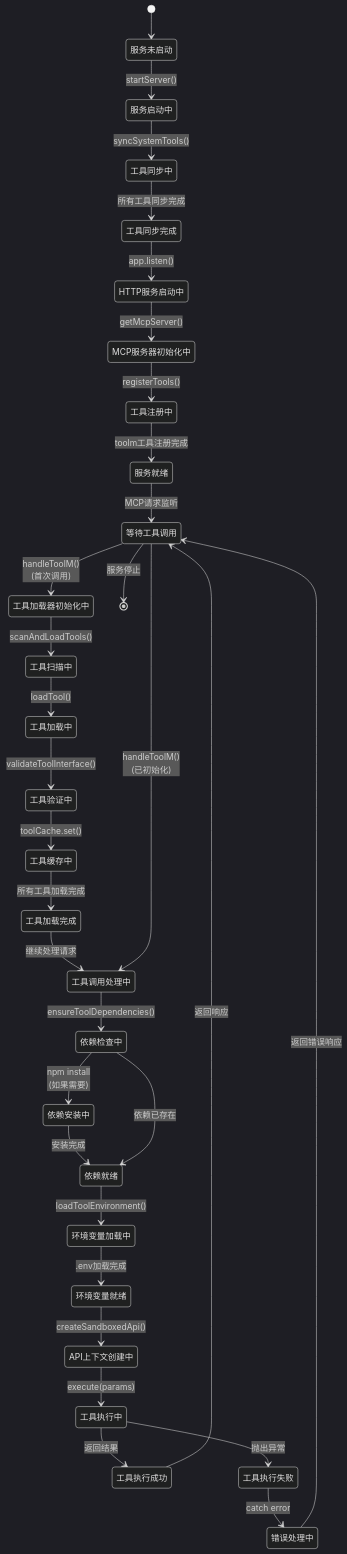
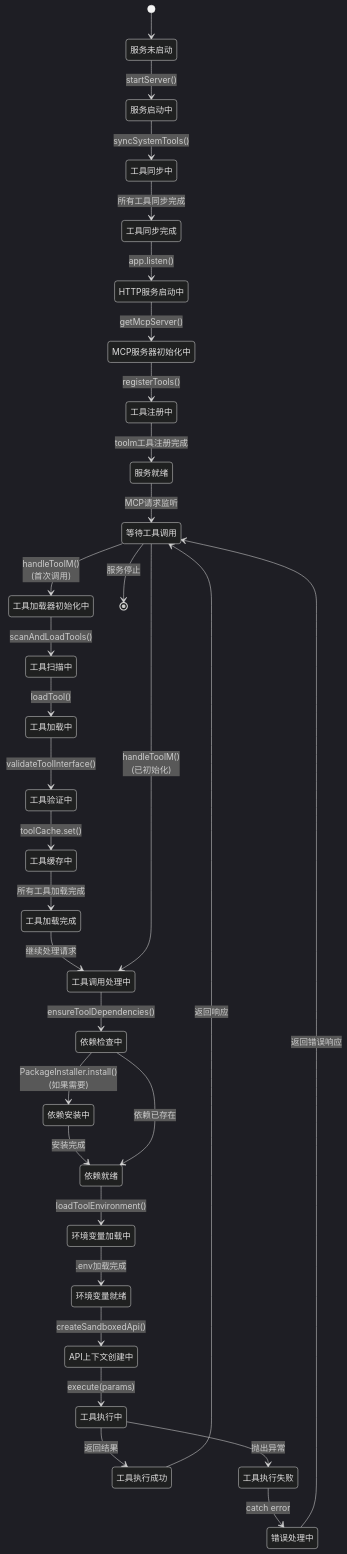
Before and after one commit to BeCrafter/prompt-manager: the fourth of 5 diagrams in docs/dev/TOOL_SANDBOX_DESIGN.md, drawn with Mermaid (dark theme). The commit also changed other lines of this file and 2 other files, not shown here.

````diff
--- a/docs/dev/TOOL_SANDBOX_DESIGN.md
+++ b/docs/dev/TOOL_SANDBOX_DESIGN.md
@@ -934,46 +971,46 @@
 ```mermaid
 stateDiagram-v2
     [*] --> 服务未启动
     
     服务未启动 --> 服务启动中: startServer()
     
     服务启动中 --> 工具同步中: syncSystemTools()
     工具同步中 --> 工具同步完成: 所有工具同步完成
     工具同步完成 --> HTTP服务启动中: app.listen()
     
     HTTP服务启动中 --> MCP服务器初始化中: getMcpServer()
     MCP服务器初始化中 --> 工具注册中: registerTools()
     工具注册中 --> 服务就绪: toolm工具注册完成
     
     服务就绪 --> 等待工具调用: MCP请求监听
     
     等待工具调用 --> 工具加载器初始化中: handleToolM()<br/>(首次调用)
     工具加载器初始化中 --> 工具扫描中: scanAndLoadTools()
     工具扫描中 --> 工具加载中: loadTool()
     工具加载中 --> 工具验证中: validateToolInterface()
     工具验证中 --> 工具缓存中: toolCache.set()
     工具缓存中 --> 工具加载完成: 所有工具加载完成
     
     工具加载完成 --> 工具调用处理中: 继续处理请求
     等待工具调用 --> 工具调用处理中: handleToolM()<br/>(已初始化)
     
     工具调用处理中 --> 依赖检查中: ensureToolDependencies()
-    依赖检查中 --> 依赖安装中: npm install<br/>(如果需要)
+    依赖检查中 --> 依赖安装中: PackageInstaller.install()<br/>(如果需要)
     依赖安装中 --> 依赖就绪: 安装完成
     依赖检查中 --> 依赖就绪: 依赖已存在
     
     依赖就绪 --> 环境变量加载中: loadToolEnvironment()
     环境变量加载中 --> 环境变量就绪: .env加载完成
     
     环境变量就绪 --> API上下文创建中: createSandboxedApi()
     API上下文创建中 --> 工具执行中: execute(params)
     
     工具执行中 --> 工具执行成功: 返回结果
     工具执行中 --> 工具执行失败: 抛出异常
     
     工具执行成功 --> 等待工具调用: 返回响应
     工具执行失败 --> 错误处理中: catch error
     错误处理中 --> 等待工具调用: 返回错误响应
     
     等待工具调用 --> [*]: 服务停止
 ```
````
